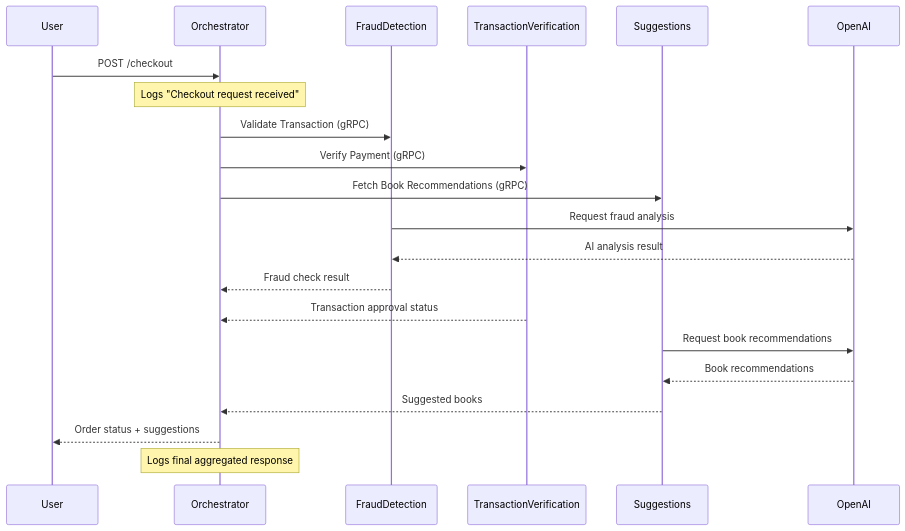
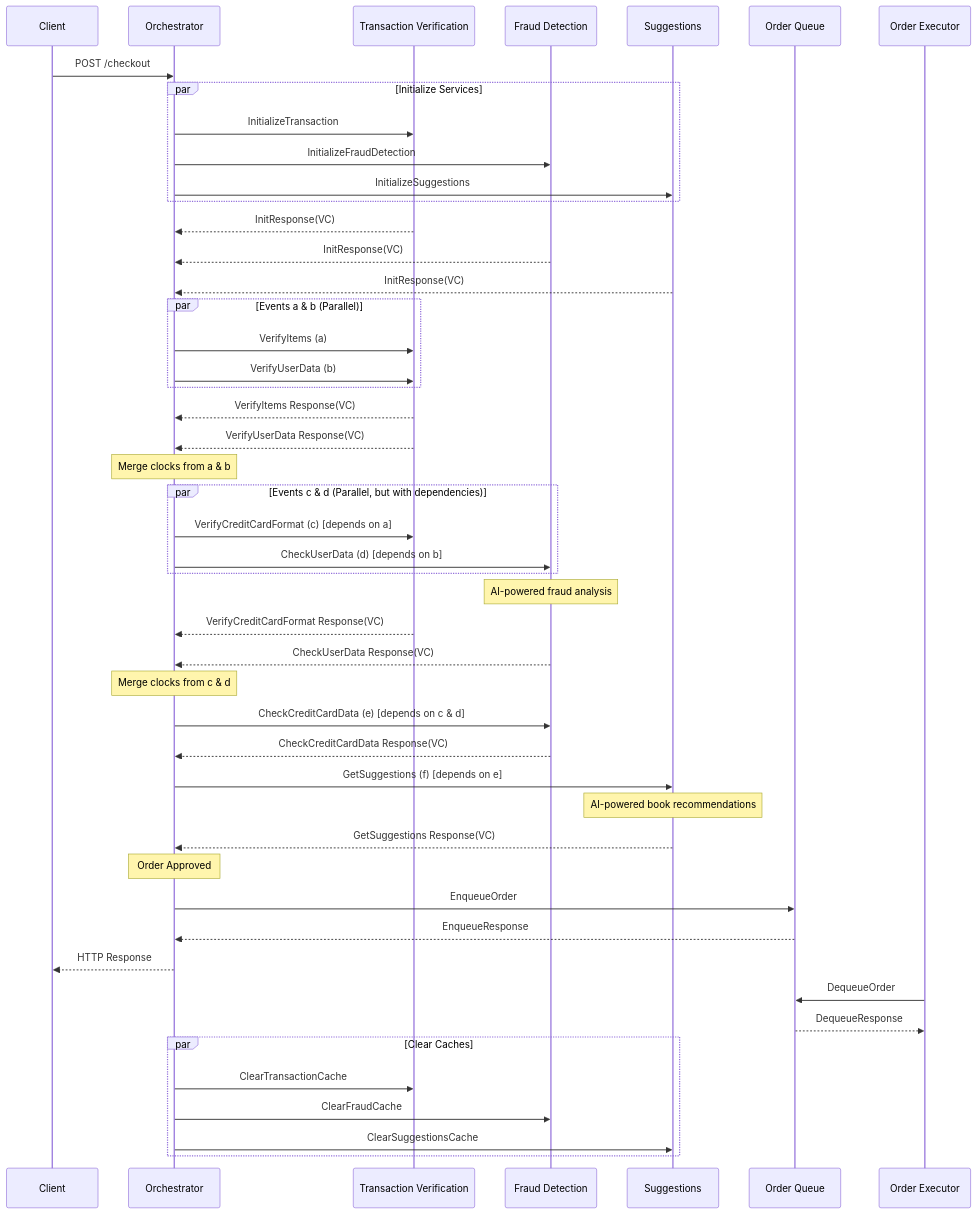
Before and after one commit to ahmedwael19/ds-practice-2025: the first of 5 diagrams in docs/README.md, drawn with Mermaid. The commit also changed other lines of this file and 22 other files, not shown here.

````diff
--- a/docs/README.md
+++ b/docs/README.md
@@ -176,29 +247,66 @@
 ```mermaid
 sequenceDiagram
-    participant User
+    participant Client
     participant Orchestrator
-    participant FraudDetection
-    participant TransactionVerification
-    participant Suggestions
-    participant OpenAI
+    participant TV as Transaction Verification
+    participant FD as Fraud Detection
+    participant S as Suggestions
+    participant OQ as Order Queue
+    participant OE as Order Executor
 
-    User->>Orchestrator: POST /checkout
-    Note over Orchestrator: Logs "Checkout request received"
-    Orchestrator->>FraudDetection: Validate Transaction (gRPC)
-    Orchestrator->>TransactionVerification: Verify Payment (gRPC)
-    Orchestrator->>Suggestions: Fetch Book Recommendations (gRPC)
+    Client->>Orchestrator: POST /checkout
     
-    FraudDetection->>OpenAI: Request fraud analysis
-    OpenAI-->>FraudDetection: AI analysis result
-    FraudDetection-->>Orchestrator: Fraud check result
+    par Initialize Services
+        Orchestrator->>TV: InitializeTransaction
+        Orchestrator->>FD: InitializeFraudDetection
+        Orchestrator->>S: InitializeSuggestions
+    end
     
-    TransactionVerification-->>Orchestrator: Transaction approval status
-     
-    Suggestions->>OpenAI: Request book recommendations
-    OpenAI-->>Suggestions: Book recommendations
-    Suggestions-->>Orchestrator: Suggested books
+    TV-->>Orchestrator: InitResponse(VC)
+    FD-->>Orchestrator: InitResponse(VC)
+    S-->>Orchestrator: InitResponse(VC)
     
-    Orchestrator-->>User: Order status + suggestions
-    Note over Orchestrator: Logs final aggregated response
-
+    par Events a & b (Parallel)
+        Orchestrator->>TV: VerifyItems (a)
+        Orchestrator->>TV: VerifyUserData (b)
+    end
+    
+    TV-->>Orchestrator: VerifyItems Response(VC)
+    TV-->>Orchestrator: VerifyUserData Response(VC)
+    
+    Note over Orchestrator: Merge clocks from a & b
+    
+    par Events c & d (Parallel, but with dependencies)
+        Orchestrator->>TV: VerifyCreditCardFormat (c) [depends on a]
+        Orchestrator->>FD: CheckUserData (d) [depends on b]
+    end
+    
+    Note over FD: AI-powered fraud analysis
+    TV-->>Orchestrator: VerifyCreditCardFormat Response(VC)
+    FD-->>Orchestrator: CheckUserData Response(VC)
+    
+    Note over Orchestrator: Merge clocks from c & d
+    
+    Orchestrator->>FD: CheckCreditCardData (e) [depends on c & d]
+    FD-->>Orchestrator: CheckCreditCardData Response(VC)
+    
+    Orchestrator->>S: GetSuggestions (f) [depends on e]
+    Note over S: AI-powered book recommendations
+    S-->>Orchestrator: GetSuggestions Response(VC)
+    
+    Note over Orchestrator: Order Approved
+    
+    Orchestrator->>OQ: EnqueueOrder
+    OQ-->>Orchestrator: EnqueueResponse
+    
+    Orchestrator-->>Client: HTTP Response
+    
+    OE->>OQ: DequeueOrder
+    OQ-->>OE: DequeueResponse
+    
+    par Clear Caches
+        Orchestrator->>TV: ClearTransactionCache
+        Orchestrator->>FD: ClearFraudCache
+        Orchestrator->>S: ClearSuggestionsCache
+    end
 ```
````
